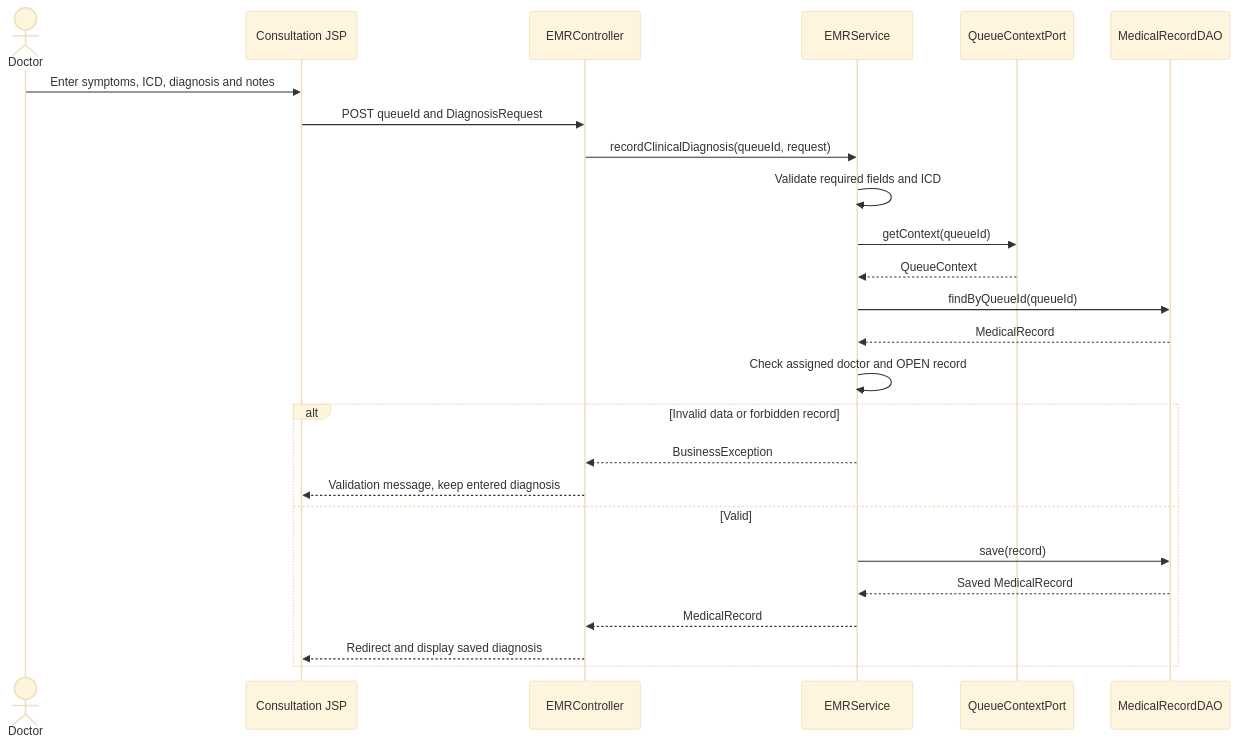
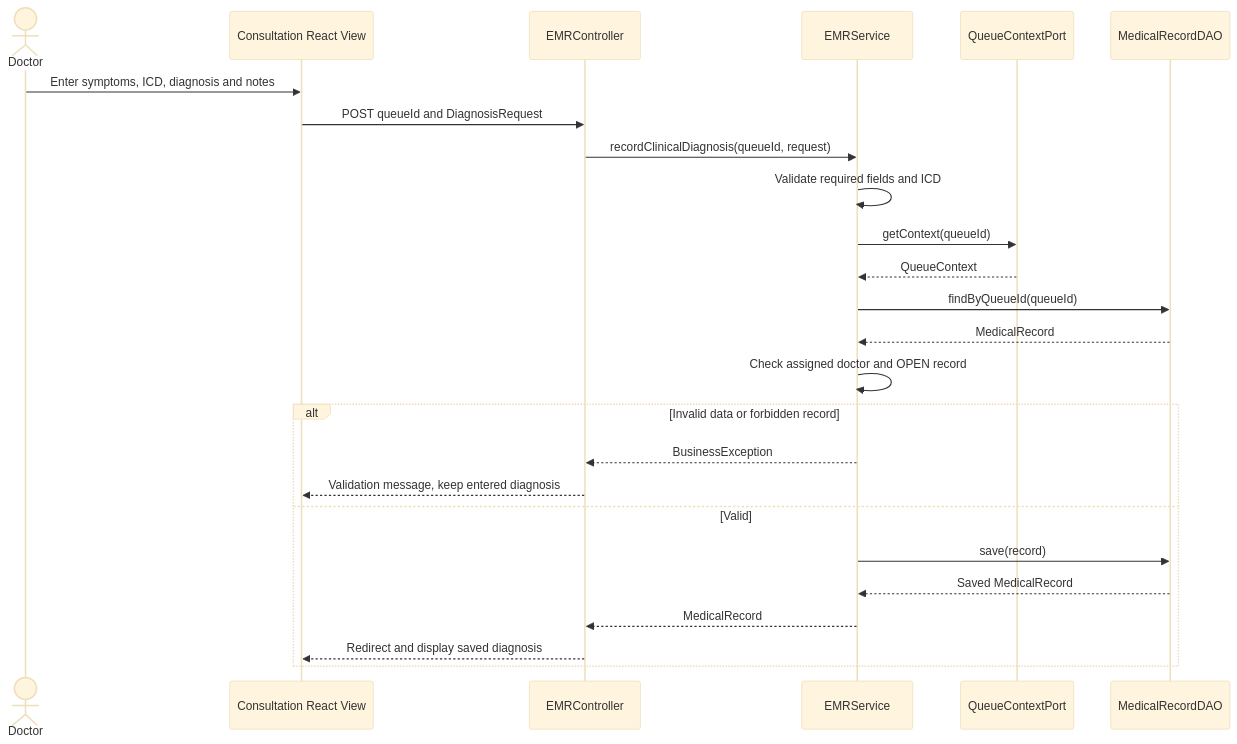
One commit to naamhoai/Hospital-Management changed the first of 5 diagrams in docs/NAM_CODE_GUIDE.md. Above: the diagram before and after it, drawn with Mermaid (base theme). The commit also changed other lines of this file and 76 other files, not shown here.

````diff
--- a/docs/NAM_CODE_GUIDE.md
+++ b/docs/NAM_CODE_GUIDE.md
@@ -76,27 +78,27 @@
 ```mermaid
 sequenceDiagram
     actor Doctor
-    participant View as Consultation JSP
+    participant View as Consultation React View
     participant C as EMRController
     participant S as EMRService
     participant Q as QueueContextPort
     participant D as MedicalRecordDAO
     Doctor->>View: Enter symptoms, ICD, diagnosis and notes
     View->>C: POST queueId and DiagnosisRequest
     C->>S: recordClinicalDiagnosis(queueId, request)
     S->>S: Validate required fields and ICD
     S->>Q: getContext(queueId)
     Q-->>S: QueueContext
     S->>D: findByQueueId(queueId)
     D-->>S: MedicalRecord
     S->>S: Check assigned doctor and OPEN record
     alt Invalid data or forbidden record
         S-->>C: BusinessException
         C-->>View: Validation message, keep entered diagnosis
     else Valid
         S->>D: save(record)
         D-->>S: Saved MedicalRecord
         S-->>C: MedicalRecord
         C-->>View: Redirect and display saved diagnosis
     end
 ```
````
